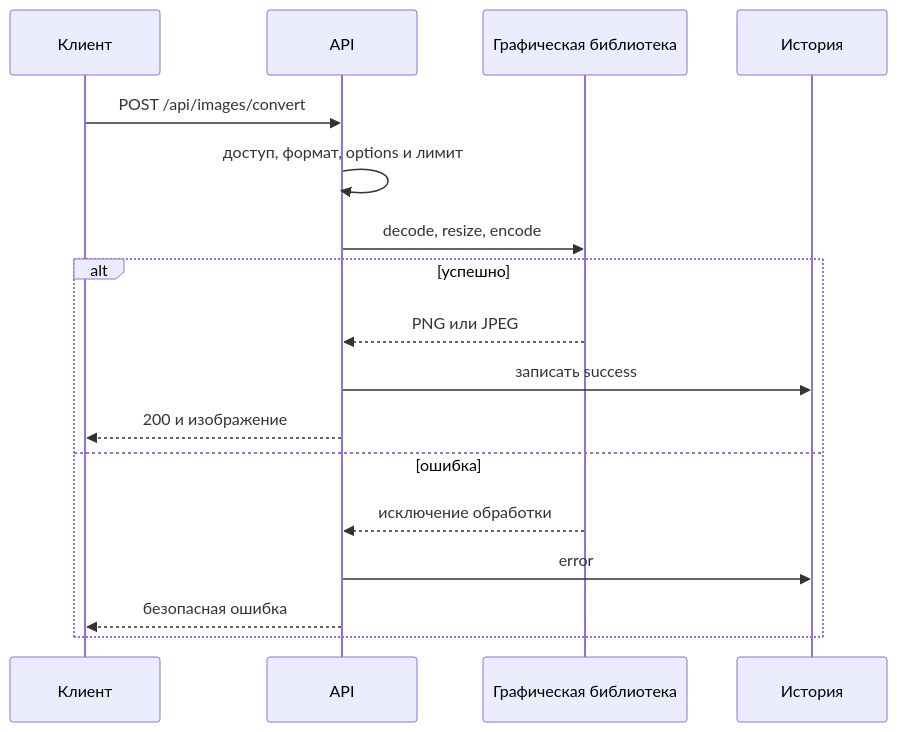
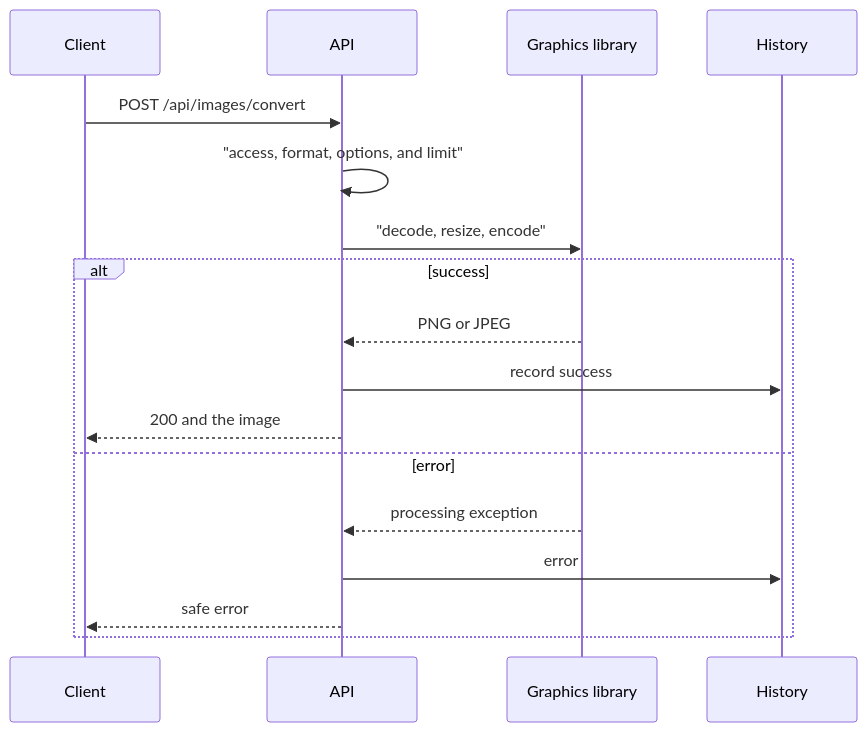
One commit to pavel-skripko-innowise/inno-fe-be-a1 changed the first of 2 diagrams in courses-content/backend/A/1/en/4.2.2 Трансформация изображений.md. Above: the diagram before and after it, drawn with Mermaid. The commit also changed other lines of this file and 35 other files, not shown here.

````diff
--- a/courses-content/backend/A/1/en/4.2.2 Трансформация изображений.md
+++ b/courses-content/backend/A/1/en/4.2.2 Трансформация изображений.md
@@ -36,19 +36,19 @@
 ```mermaid
 sequenceDiagram
-  participant C as Клиент
+  participant C as Client
   participant A as API
-  participant L as Графическая библиотека
-  participant D as История
+  participant L as Graphics library
+  participant D as History
   C->>A: POST /api/images/convert
-  A->>A: доступ, формат, options и лимит
-  A->>L: decode, resize, encode
-  alt успешно
-    L-->>A: PNG или JPEG
-    A->>D: записать success
-    A-->>C: 200 и изображение
-  else ошибка
-    L-->>A: исключение обработки
+  A->>A: "access, format, options, and limit"
+  A->>L: "decode, resize, encode"
+  alt success
+    L-->>A: PNG or JPEG
+    A->>D: record success
+    A-->>C: 200 and the image
+  else error
+    L-->>A: processing exception
     A->>D: error
-    A-->>C: безопасная ошибка
+    A-->>C: safe error
   end
 ```
````
